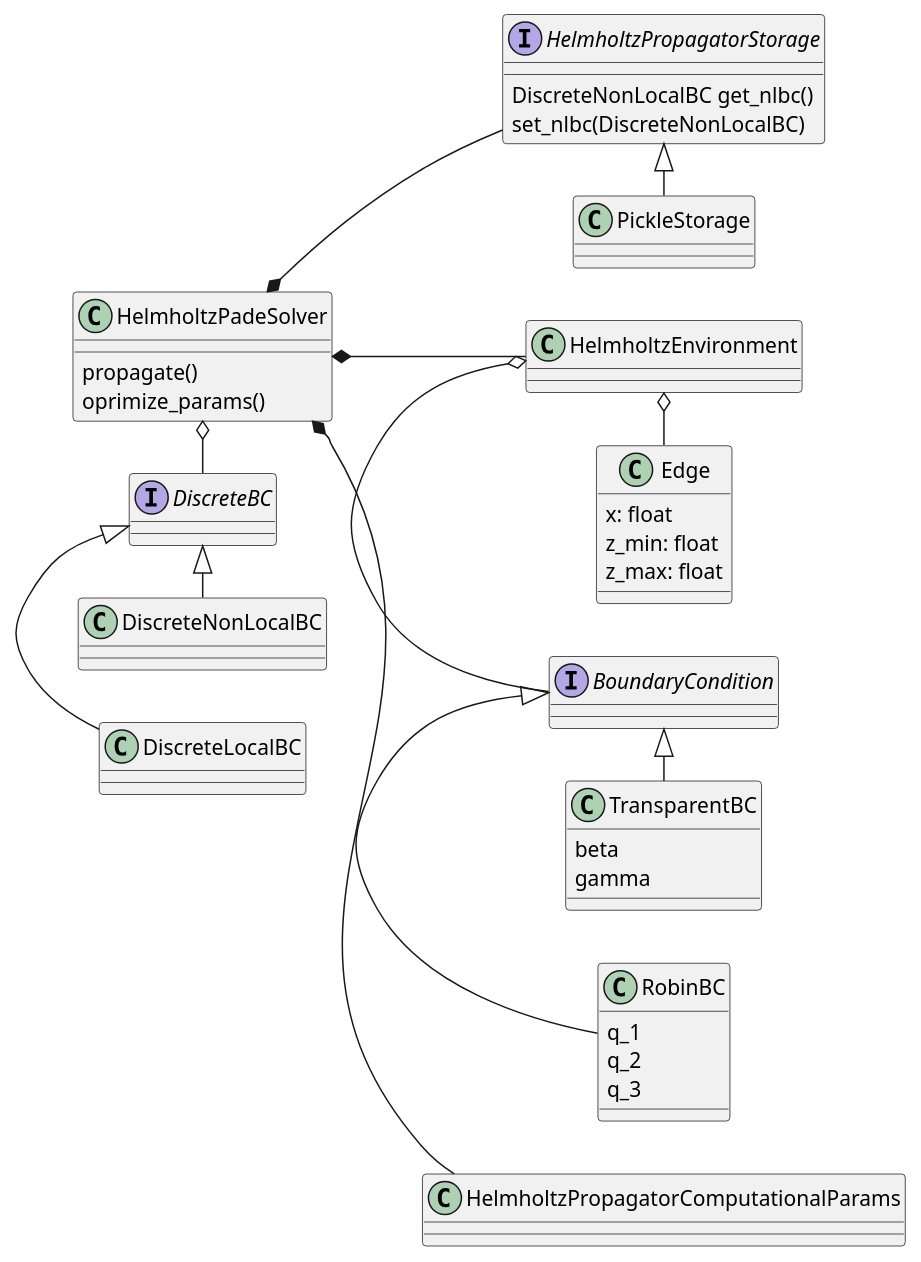
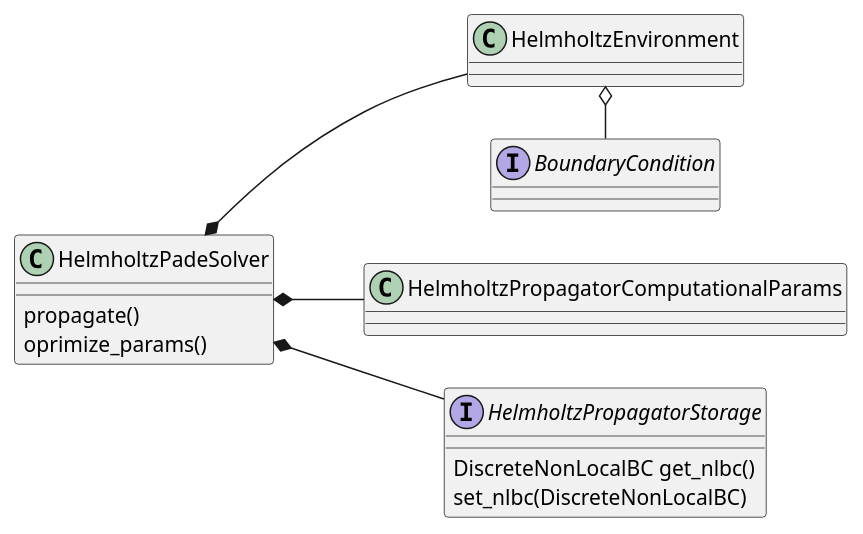
The diagram in examples/cpc/helmPropagator.puml (mikelytaev/wave-propagation), drawn with PlantUML before and after one commit. The commit also changed 1 other file, not shown here.

Commit message:
ts ex; cpc uml diagrams

```diff
--- a/examples/cpc/helmPropagator.puml
+++ b/examples/cpc/helmPropagator.puml
@@ -1,108 +1,108 @@
 @startuml
 left to right direction
 
 'TroposphericPadePropagator *--HelmholtzPadeSolver
 
 class HelmholtzPadeSolver {
     propagate()
     oprimize_params()
 }
 
 class HelmholtzPropagatorComputationalParams {
 '    max_range_m: float
 '    max_height_m: float
 '    dx_wl: float
 '    dz_wl: float
 '    max_propagation_angle: float
 '    max_src_angle: float
 '    exp_pade_order: tuple
 '    x_output_filter: int
 '    z_output_filter: int
 '    two_way: bool
 '    two_way_iter_num: int
 '    two_way_threshold: float
 '    standard_pe: bool
 '    sqrt_alpha: float
 '    z_order: int
 '    terrain_method: TerrainMethod
 '    tol: float
 '    storage: HelmholtzPropagatorStorage
 '    max_abc_permittivity: float
 }
 
 'enum TerrainMethod {
 '
 '}
 
 'HelmholtzPropagatorComputationalParams *-- TerrainMethod
 
 interface HelmholtzPropagatorStorage {
 DiscreteNonLocalBC get_nlbc()
 set_nlbc(DiscreteNonLocalBC)
 }
 
-HelmholtzPropagatorStorage <|- PickleStorage
+'HelmholtzPropagatorStorage <|- PickleStorage
 
 HelmholtzPadeSolver *-- HelmholtzPropagatorComputationalParams
 HelmholtzPadeSolver *-- HelmholtzEnvironment
 HelmholtzPadeSolver *-- HelmholtzPropagatorStorage
-HelmholtzPadeSolver o- DiscreteBC
+'HelmholtzPadeSolver o- DiscreteBC
 
-BoundaryCondition <|- RobinBC
-BoundaryCondition <|- TransparentBC
+'BoundaryCondition <|- RobinBC
+'BoundaryCondition <|- TransparentBC
 
 interface BoundaryCondition {
 
 }
 
-class RobinBC {
-q_1
-q_2
-q_3
-}
+'class RobinBC {
+'q_1
+'q_2
+'q_3
+'}
+'
+'class TransparentBC {
+'beta
+'gamma
+'}
+'
+'interface DiscreteBC {
+'
+'}
+'
+'class DiscreteLocalBC {
+'
+'}
 
-class TransparentBC {
-beta
-gamma
-}
+'class DiscreteNonLocalBC {
+'
+'}
 
-interface DiscreteBC {
-
-}
-
-class DiscreteLocalBC {
-
-}
-
-class DiscreteNonLocalBC {
-
-}
-
-DiscreteBC <|- DiscreteLocalBC
-DiscreteBC <|- DiscreteNonLocalBC
+'DiscreteBC <|- DiscreteLocalBC
+'DiscreteBC <|- DiscreteNonLocalBC
 
 HelmholtzEnvironment o- BoundaryCondition
 
 class HelmholtzEnvironment {
 '    x_max_m: float
 '    lower_bc: BoundaryCondition
 '    upper_bc: BoundaryCondition
 '    z_min: float
 '    z_max: float
 '    n2minus1: types.FunctionType
 '    use_n2minus1: bool
 '    rho: types.FunctionType
 '    use_rho: bool = True
 '    terrain: types.FunctionType
 '    knife_edges: List[Edge]
 }
 
-class Edge {
-    x: float
-    z_min: float
-    z_max: float
-}
+'class Edge {
+'    x: float
+'    z_min: float
+'    z_max: float
+'}
 
-HelmholtzEnvironment o- Edge
+'HelmholtzEnvironment o- Edge
 
 @enduml
```
